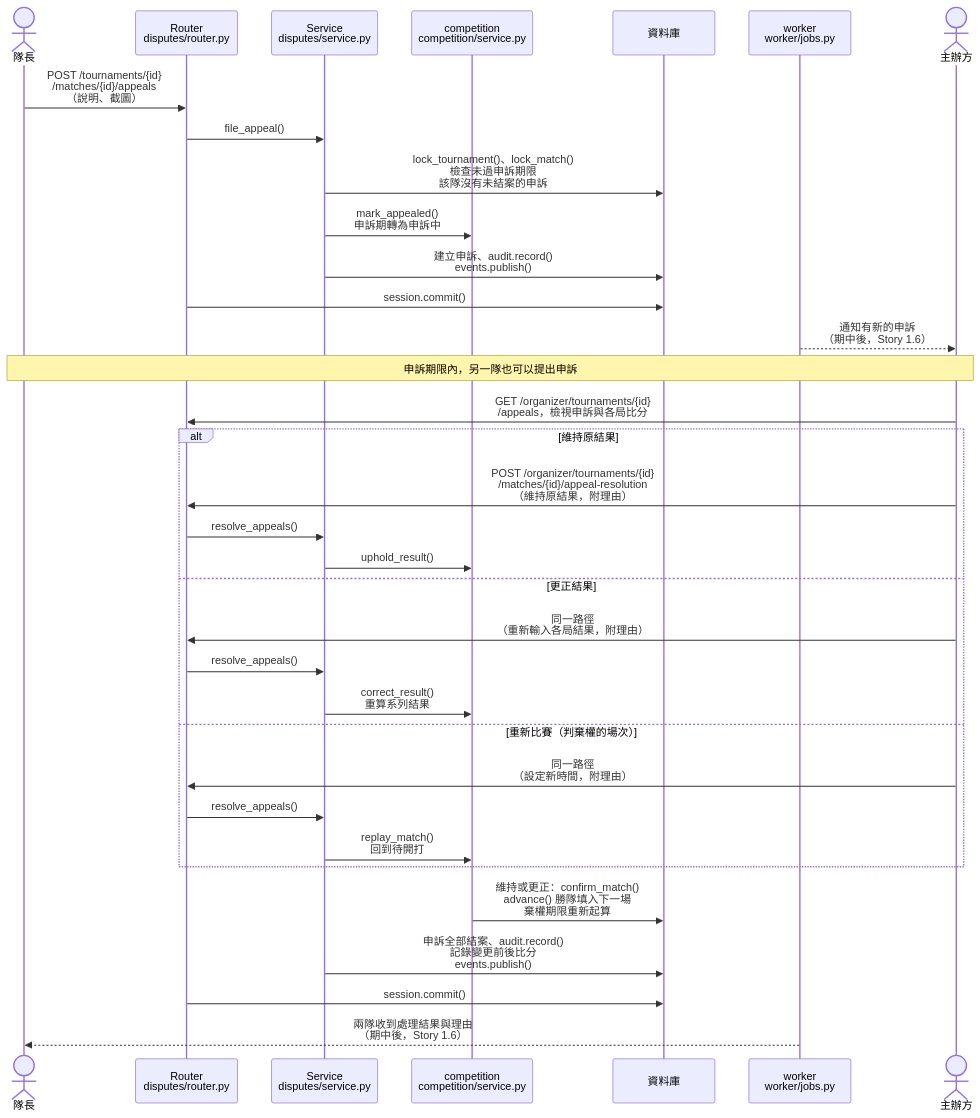
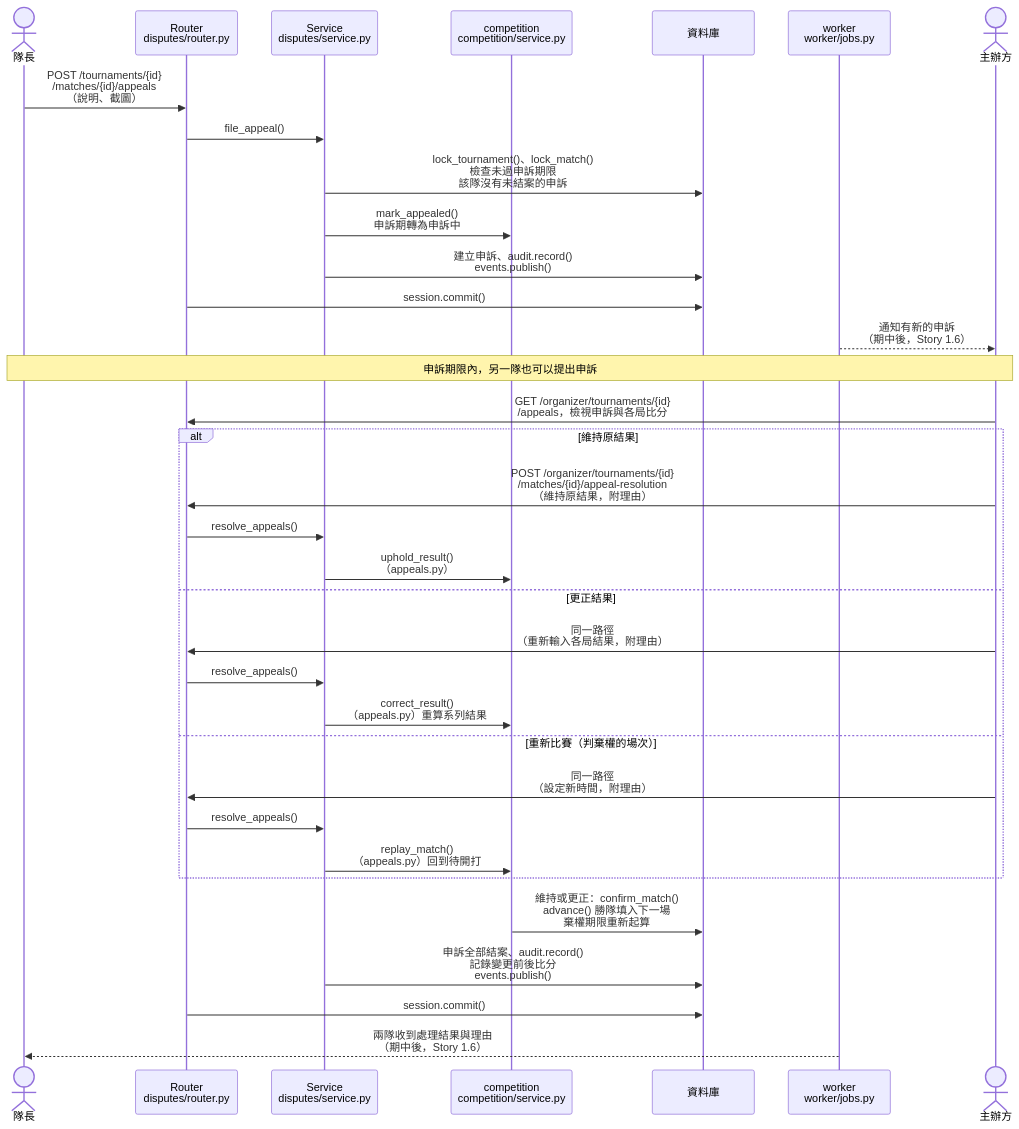
Diagram 19 of 19 in docs/midterm/B-軟體需求分析文件.md (Team14good/esport-platform), drawn with Mermaid before and after one commit. The commit also changed other lines of this file and 5 other files, not shown here.

First line of the commit message:
docs: 依 code review 修正 B、D 的圖與程式標註

````diff
--- a/docs/midterm/B-軟體需求分析文件.md
+++ b/docs/midterm/B-軟體需求分析文件.md
@@ -1523,36 +1525,36 @@
 ```mermaid
 sequenceDiagram
   actor Cap as 隊長
   participant R as Router<br/>disputes/router.py
   participant S as Service<br/>disputes/service.py
   participant C as competition<br/>competition/service.py
   participant DB as 資料庫
   participant W as worker<br/>worker/jobs.py
   actor Org as 主辦方
   Cap->>R: POST /tournaments/{id}<br/>/matches/{id}/appeals<br/>（說明、截圖）
   R->>S: file_appeal()
   S->>DB: lock_tournament()、lock_match()<br/>檢查未過申訴期限<br/>該隊沒有未結案的申訴
   S->>C: mark_appealed()<br/>申訴期轉為申訴中
   S->>DB: 建立申訴、audit.record()<br/>events.publish()
   R->>DB: session.commit()
   W-->>Org: 通知有新的申訴<br/>（期中後，Story 1.6）
   Note over Cap,Org: 申訴期限內，另一隊也可以提出申訴
   Org->>R: GET /organizer/tournaments/{id}<br/>/appeals，檢視申訴與各局比分
   alt 維持原結果
     Org->>R: POST /organizer/tournaments/{id}<br/>/matches/{id}/appeal-resolution<br/>（維持原結果，附理由）
     R->>S: resolve_appeals()
-    S->>C: uphold_result()
+    S->>C: uphold_result()<br/>（appeals.py）
   else 更正結果
     Org->>R: 同一路徑<br/>（重新輸入各局結果，附理由）
     R->>S: resolve_appeals()
-    S->>C: correct_result()<br/>重算系列結果
+    S->>C: correct_result()<br/>（appeals.py）重算系列結果
   else 重新比賽（判棄權的場次）
     Org->>R: 同一路徑<br/>（設定新時間，附理由）
     R->>S: resolve_appeals()
-    S->>C: replay_match()<br/>回到待開打
+    S->>C: replay_match()<br/>（appeals.py）回到待開打
   end
   C->>DB: 維持或更正：confirm_match()<br/>advance() 勝隊填入下一場<br/>棄權期限重新起算
   S->>DB: 申訴全部結案、audit.record()<br/>記錄變更前後比分<br/>events.publish()
   R->>DB: session.commit()
   W-->>Cap: 兩隊收到處理結果與理由<br/>（期中後，Story 1.6）
 ```
````
